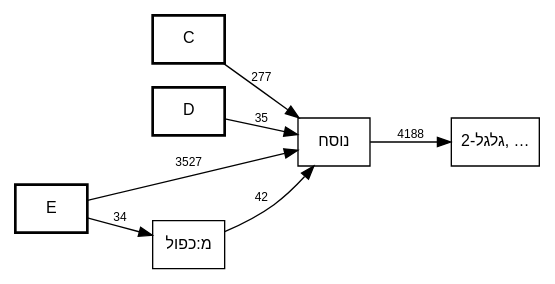
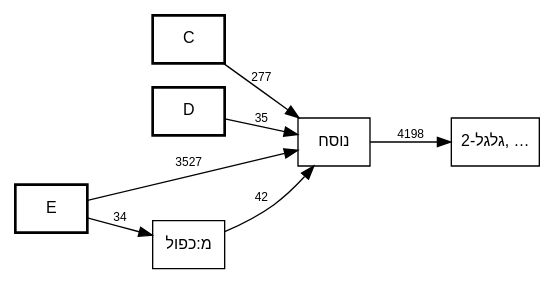
The diagram in out/MAM-tmpl-survey/plain-nusach-call-graph.dot (bdenckla/MAM-basics), drawn with Graphviz before and after one commit. The commit also changed 22 other files, not shown here.

```diff
--- a/out/MAM-tmpl-survey/plain-nusach-call-graph.dot
+++ b/out/MAM-tmpl-survey/plain-nusach-call-graph.dot
@@ -1,68 +1,68 @@
 digraph template_call_graph {
     rankdir=LR;
     node [fontname="SBL Hebrew,Helvetica", fontsize=12];
     edge [fontname="Helvetica", fontsize=9];
 
     // Column nodes
     node [shape=box, style=bold];
     "C";
     "D";
     "E";
 
     // Template nodes
     node [shape=box, style=""];
     "גלגל-2" [label="גלגל-2, …", tooltip="גלגל-2
 כו\"ק
 כתיב ולא קרי
 מ:אות מנוקדת
 מ:אות-ג
 מ:אות-ק
 מ:אין פרשה בתחילת פרק
 מ:אין פרשה בתחילת פרק בספרי אמ\"ת
 מ:גרש ותלישא גדולה
 מ:גרשיים ותלישא גדולה
 מ:דחי
 מ:טעם ומתג באות אחת
 מ:ירושלם
 מ:כו\"ק בין שני מקפים
 מ:כו\"ק כתיב מילה חדה וקרי תרתין מילין
 מ:כו\"ק כתיב מילה חדה וקרי תרתין מילין בין שני מקפים
 מ:כו\"ק כתיב תרתין מילין וקרי מילה חדה
 מ:כו\"ק קרי שונה מהכתיב בשתי מילים
 מ:כו\"ק של שלוש מילים בהערה אחת
 מ:כו\"ק של שתי מילים בהערה אחת
 מ:לגרמיה-2
 מ:מקף אפור
 מ:נו\"ן הפוכה
 מ:סיום בטוב
 מ:פסוק
 מ:פסק
 מ:צינור
 מ:קו\"כ כתיב מילה חדה וקרי תרתין מילין
 מ:קו\"כ קרי שונה מהכתיב בשתי מילים
 מ:קישור בהערה
 מ:קישור פנימי בהערה
 מ:קמץ
 מודגש
 סס
 ססס
 פפ
 פפפ
 קו\"כ
 קו\"כ-אם
 קרי ולא כתיב
 ר0
 ר1
 ר3
 ר4
 ש
 שני טעמים באות אחת קמץ-תחתון-פתח-עליון"];
 
     // Edges
     "C" -> "נוסח" [label="277"];
     "D" -> "נוסח" [label="35"];
     "E" -> "מ:כפול" [label="34"];
     "E" -> "נוסח" [label="3527"];
     "מ:כפול" -> "נוסח" [label="42"];
-    "נוסח" -> "גלגל-2" [label="4188"];
+    "נוסח" -> "גלגל-2" [label="4198"];
 }
```
